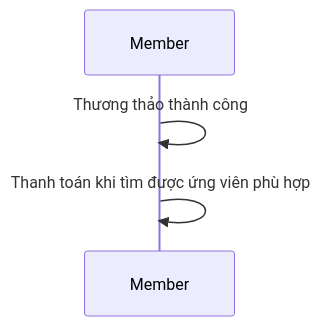
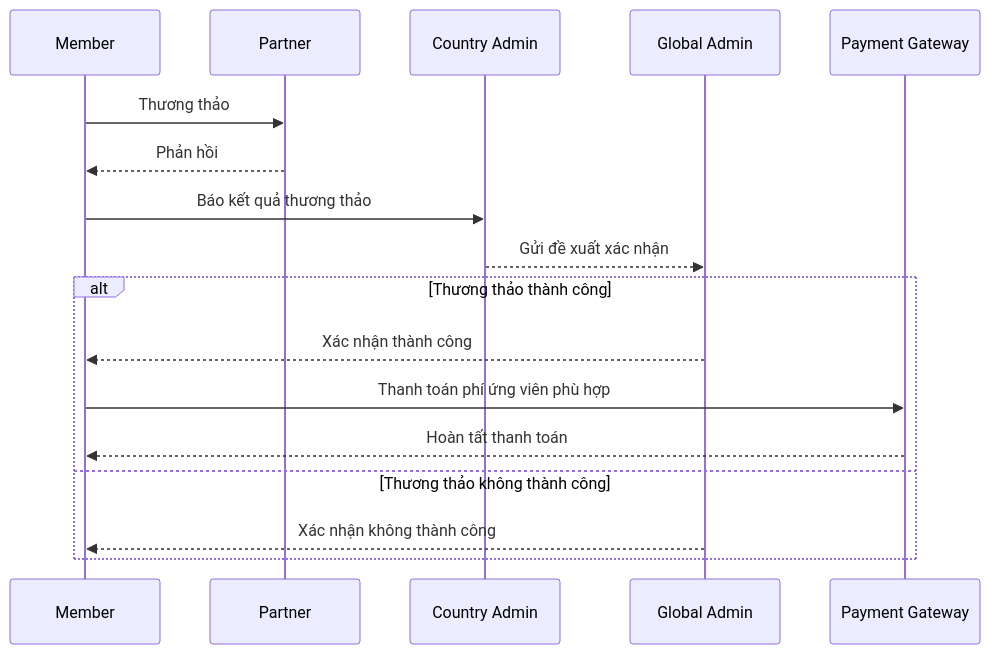
One commit to yopaz-tuanta/aloha-mermaid changed the diagram in pay_vi.mmd. Above: the diagram before and after it, drawn with Mermaid. The commit also changed 1 other file, not shown here.

Commit message:
fix pay chart

```diff
--- a/pay_vi.mmd
+++ b/pay_vi.mmd
@@ -1,5 +1,20 @@
 sequenceDiagram
     participant M as Member
+    participant P as Partner
+    participant CA as Country Admin
+    participant GA as Global Admin
+    participant Pay as Payment Gateway
 
-    M->>M: Thương thảo thành công
-    M->>M: Thanh toán khi tìm được ứng viên phù hợp
+    M->>P: Thương thảo
+    P-->>M: Phản hồi
+
+    M->>CA: Báo kết quả thương thảo
+    CA-->>GA: Gửi đề xuất xác nhận
+
+    alt Thương thảo thành công
+        GA-->>M: Xác nhận thành công
+        M->>Pay: Thanh toán phí ứng viên phù hợp
+        Pay-->>M: Hoàn tất thanh toán
+    else Thương thảo không thành công
+        GA-->>M: Xác nhận không thành công
+    end
```
